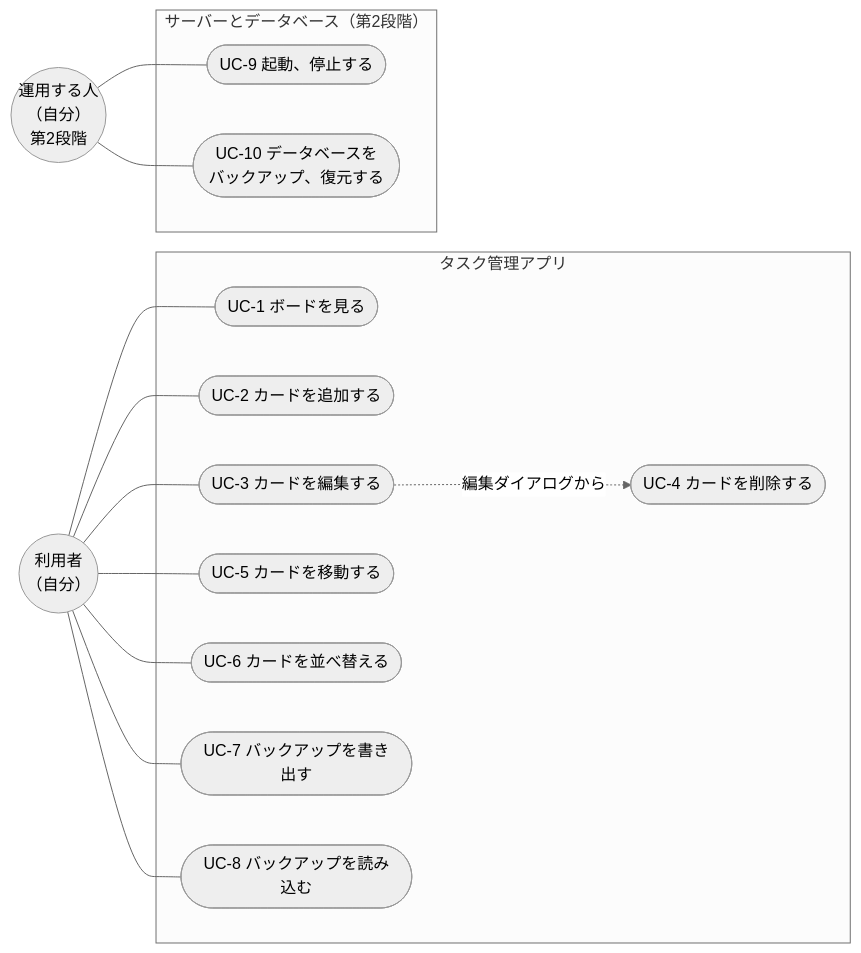
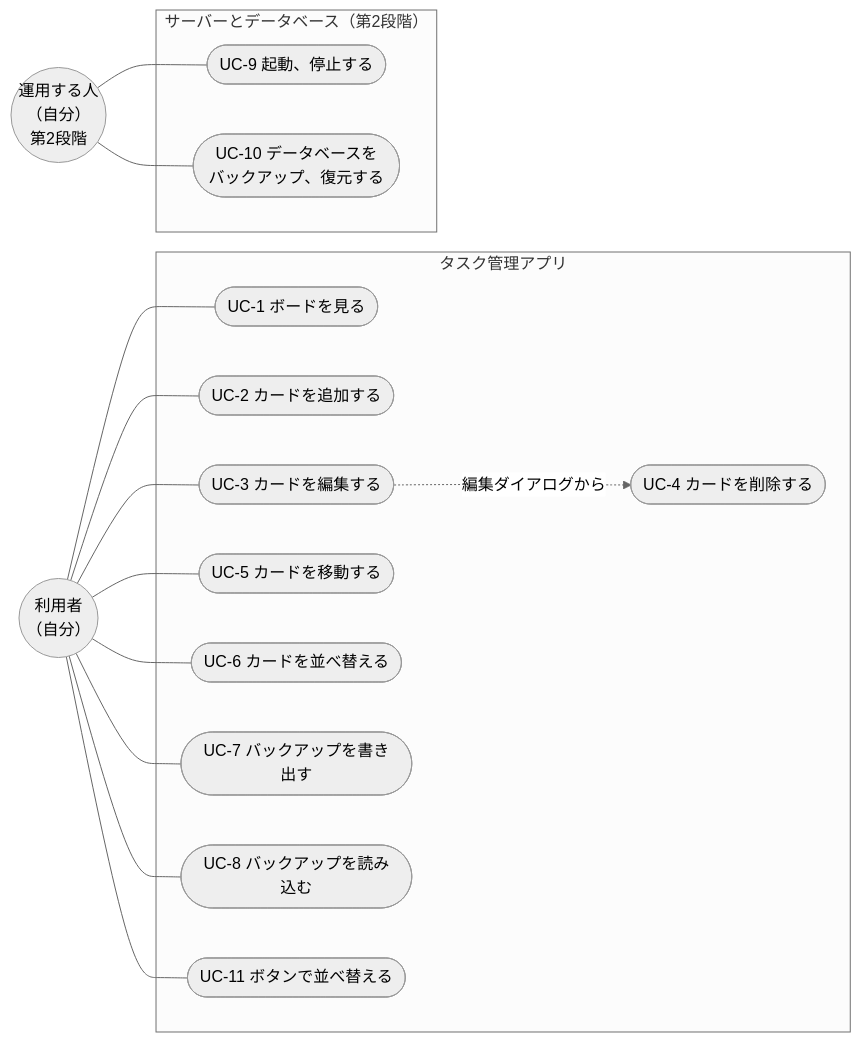
One commit to junji-sakamoto/taskmanegemento changed the diagram in docs/機能要件.md. Above: the diagram before and after it, drawn with Mermaid (neutral theme). The commit also changed other lines of this file and 5 other files, not shown here.

````diff
--- a/docs/機能要件.md
+++ b/docs/機能要件.md
@@ -44,32 +46,34 @@
 ```mermaid
 flowchart LR
     User(("利用者<br>（自分）"))
     Ops(("運用する人<br>（自分）<br>第2段階"))
 
     subgraph App["タスク管理アプリ"]
         UC1(["UC-1 ボードを見る"])
         UC2(["UC-2 カードを追加する"])
         UC3(["UC-3 カードを編集する"])
         UC4(["UC-4 カードを削除する"])
         UC5(["UC-5 カードを移動する"])
         UC6(["UC-6 カードを並べ替える"])
         UC7(["UC-7 バックアップを書き出す"])
         UC8(["UC-8 バックアップを読み込む"])
+        UC11(["UC-11 ボタンで並べ替える"])
     end
 
     subgraph Ops_Area["サーバーとデータベース（第2段階）"]
         UC9(["UC-9 起動、停止する"])
         UC10(["UC-10 データベースを<br>バックアップ、復元する"])
     end
 
     User --- UC1
     User --- UC2
     User --- UC3
     User --- UC5
     User --- UC6
     User --- UC7
     User --- UC8
+    User --- UC11
     UC3 -. 編集ダイアログから .-> UC4
     Ops --- UC9
     Ops --- UC10
 ```
````
